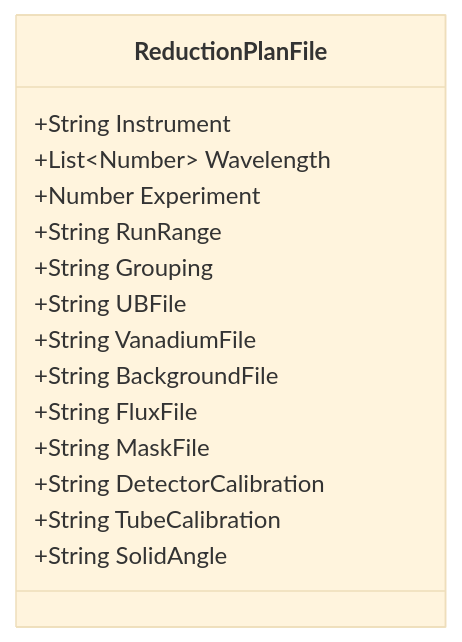
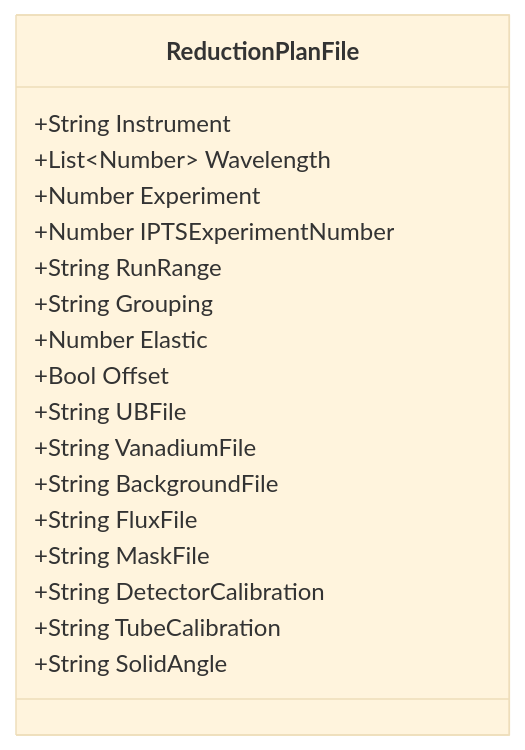
Before and after one commit to neutrons/garnet: the second of 2 diagrams in docs/source/design/reduction_plan.rst, drawn with Mermaid (base theme). The commit also changed other lines of this file and 5 other files, not shown here.

```diff
--- a/docs/source/design/reduction_plan.rst
+++ b/docs/source/design/reduction_plan.rst
@@ -85,18 +98,21 @@
 .. mermaid::
 
     classDiagram
         class ReductionPlanFile{
             +String Instrument
             +List~Number~ Wavelength
             +Number Experiment
+            +Number IPTSExperimentNumber
             +String RunRange
             +String Grouping
+            +Number Elastic
+            +Bool Offset
             +String UBFile
             +String VanadiumFile
             +String BackgroundFile
             +String FluxFile
             +String MaskFile
             +String DetectorCalibration
             +String TubeCalibration
             +String SolidAngle
         }
```
